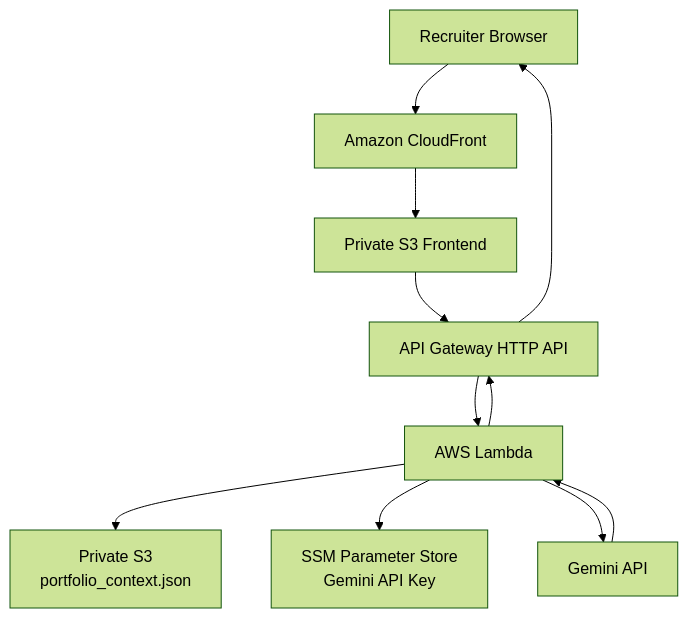
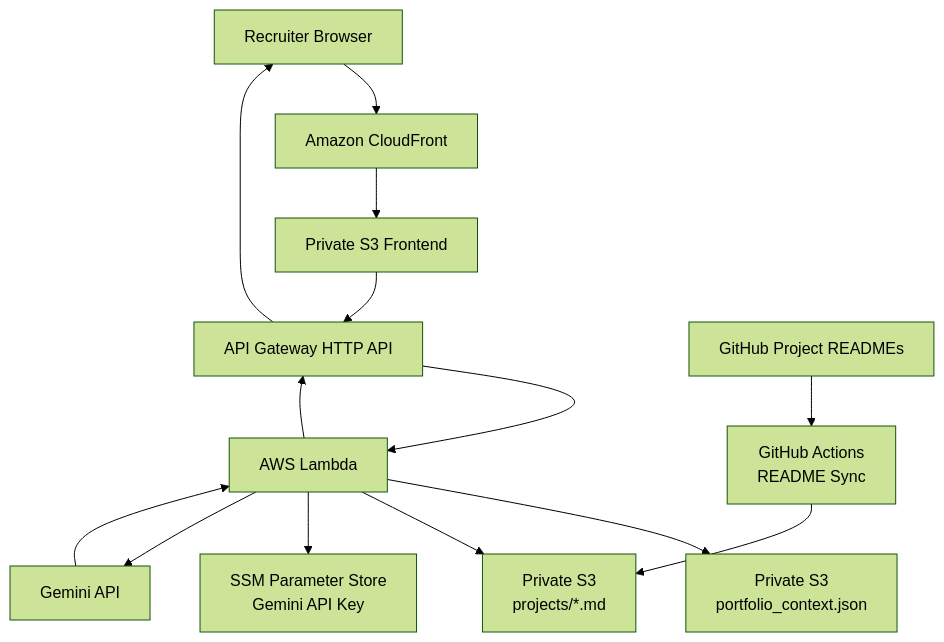
The diagram in README.md (itsuki-kawamura-dev/terraform-aws-ai-portfolio-assistant), drawn with Mermaid (forest theme) before and after one commit. The commit also changed other lines of this file, not shown here.

````diff
--- a/README.md
+++ b/README.md
@@ -9,15 +9,19 @@
 ```mermaid
 flowchart TD
     A[Recruiter Browser] --> B[Amazon CloudFront]
     B --> C[Private S3 Frontend]
     C --> D[API Gateway HTTP API]
     D --> E[AWS Lambda]
 
     E --> F[Private S3<br/>portfolio_context.json]
-    E --> G[SSM Parameter Store<br/>Gemini API Key]
-    E --> H[Gemini API]
+    E --> G[Private S3<br/>projects/*.md]
+    E --> H[SSM Parameter Store<br/>Gemini API Key]
+    E --> I[Gemini API]
 
-    H --> E
+    J[GitHub Project READMEs] --> K[GitHub Actions<br/>README Sync]
+    K --> G
+
+    I --> E
     E --> D
     D --> A
 ```
````
